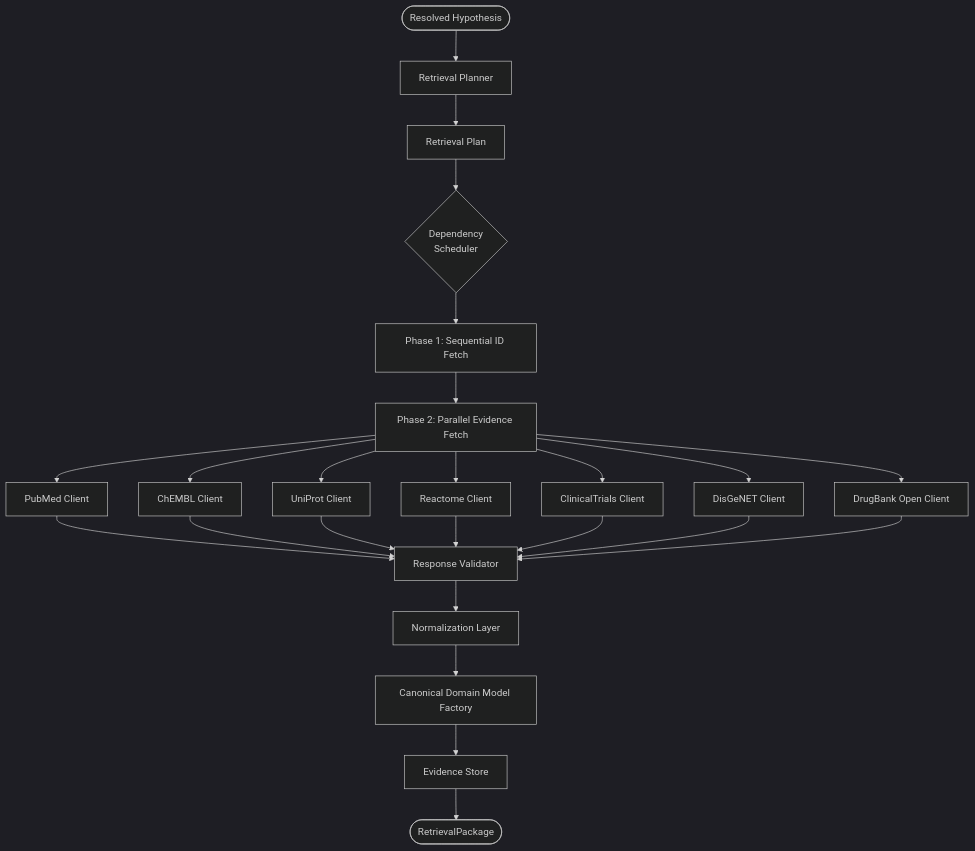
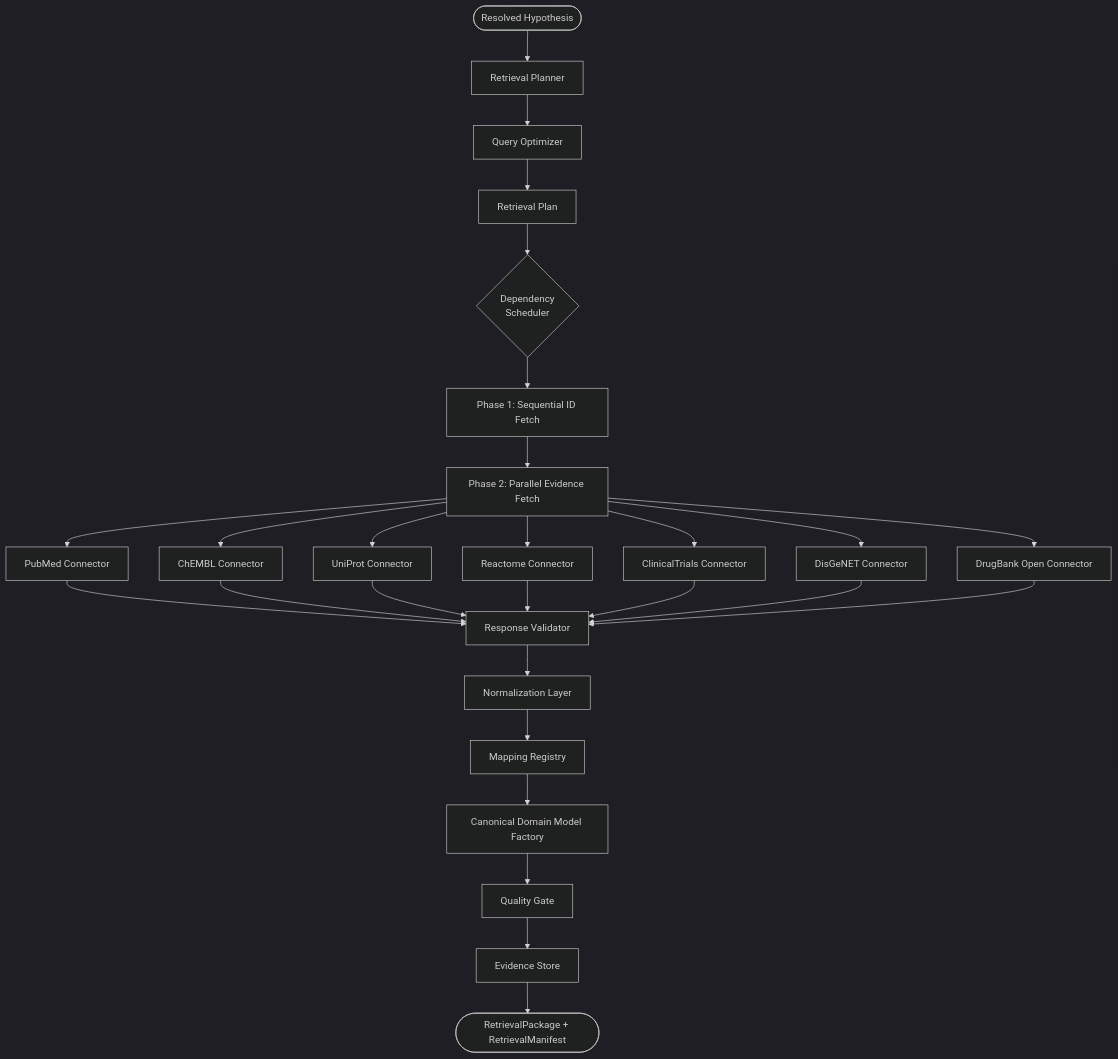
Before and after one commit to sameekshaa19/cynthera: the first of 12 diagrams in 03_RETRIEVAL_SPECIFICATION.md, drawn with Mermaid (dark theme). The commit also changed other lines of this file and 3 other files, not shown here.

````diff
--- a/03_RETRIEVAL_SPECIFICATION.md
+++ b/03_RETRIEVAL_SPECIFICATION.md
@@ -25,22 +26,25 @@
 ```mermaid
 graph TD
     A([Resolved Hypothesis]) --> B[Retrieval Planner]
-    B --> C[Retrieval Plan]
+    B --> B1[Query Optimizer]
+    B1 --> C[Retrieval Plan]
 
     C --> D{Dependency\nScheduler}
     D --> E1[Phase 1: Sequential ID Fetch]
     E1 --> F[Phase 2: Parallel Evidence Fetch]
-    F --> F1[PubMed Client]
-    F --> F2[ChEMBL Client]
-    F --> F3[UniProt Client]
-    F --> F4[Reactome Client]
-    F --> F5[ClinicalTrials Client]
-    F --> F6[DisGeNET Client]
-    F --> F7[DrugBank Open Client]
+    F --> F1[PubMed Connector]
+    F --> F2[ChEMBL Connector]
+    F --> F3[UniProt Connector]
+    F --> F4[Reactome Connector]
+    F --> F5[ClinicalTrials Connector]
+    F --> F6[DisGeNET Connector]
+    F --> F7[DrugBank Open Connector]
 
     F1 & F2 & F3 & F4 & F5 & F6 & F7 --> G[Response Validator]
     G --> H[Normalization Layer]
-    H --> I[Canonical Domain Model Factory]
-    I --> J[Evidence Store]
-    J --> K([RetrievalPackage])
+    H --> MR[Mapping Registry]
+    MR --> I[Canonical Domain Model Factory]
+    I --> QG[Quality Gate]
+    QG --> J[Evidence Store]
+    J --> K([RetrievalPackage + RetrievalManifest])
 ```
````
